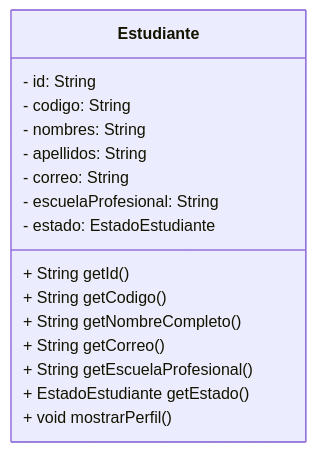
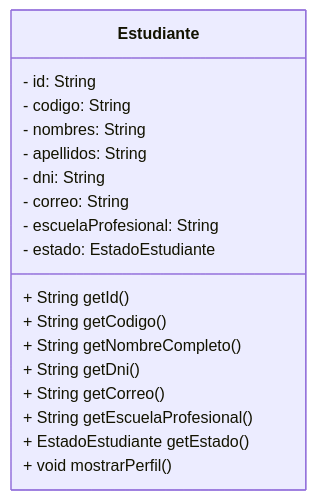
Before and after one commit to Aireck2/take-attendance-java: the diagram in docs/models/Estudiante.mmd, drawn with Mermaid. The commit also changed 10 other files, not shown here.

Commit message:
docs(docs): update class diagrams

```diff
--- a/docs/models/Estudiante.mmd
+++ b/docs/models/Estudiante.mmd
@@ -1,17 +1,19 @@
 classDiagram
     class Estudiante {
             - id: String
             - codigo: String
             - nombres: String
             - apellidos: String
+            - dni: String
             - correo: String
             - escuelaProfesional: String
             - estado: EstadoEstudiante
             + String getId()
             + String getCodigo()
             + String getNombreCompleto()
+            + String getDni()
             + String getCorreo()
             + String getEscuelaProfesional()
             + EstadoEstudiante getEstado()
             + void mostrarPerfil()
     }
```
